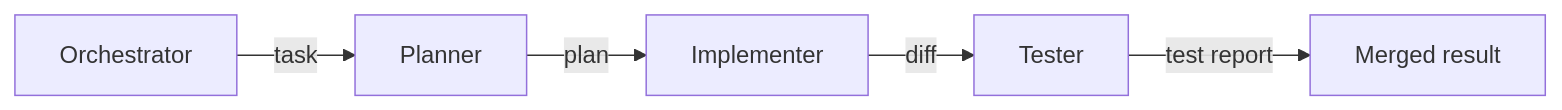
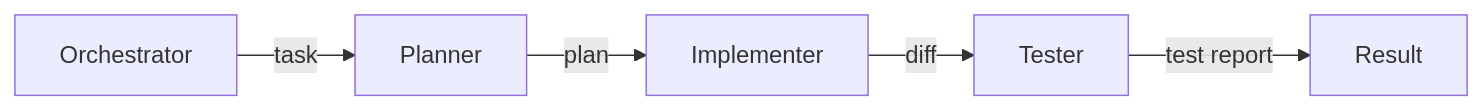
Before and after one commit to xoubish/multiGrits: the diagram in diagrams/pipeline.mmd, drawn with Mermaid. The commit also changed 52 other files, not shown here.

```diff
--- a/diagrams/pipeline.mmd
+++ b/diagrams/pipeline.mmd
@@ -1,5 +1,5 @@
 flowchart LR
   H["Orchestrator"] -->|"task"| P["Planner"]
   P -->|"plan"| I["Implementer"]
   I -->|"diff"| T["Tester"]
-  T -->|"test report"| M["Merged result"]
+  T -->|"test report"| M["Result"]
```
